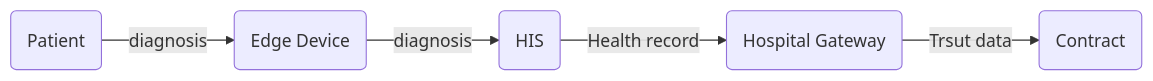
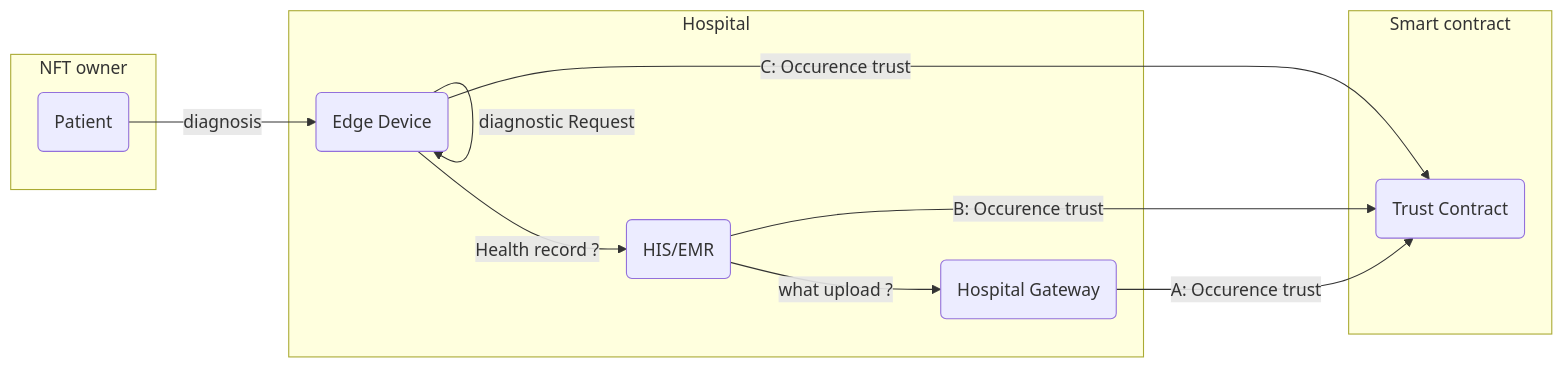
Before and after one commit to knight-y-j/mock-medical-phr-app: the second of 4 diagrams in mock/doc/architecture/trust.index.md, drawn with Mermaid. The commit also changed other lines of this file and 15 other files, not shown here.

````diff
--- a/mock/doc/architecture/trust.index.md
+++ b/mock/doc/architecture/trust.index.md
@@ -32,7 +39,26 @@
 ```mermaid
   flowchart LR
+  subgraph NFT owner
+  id1(Patient)
+  end
+
+  subgraph Hospital
+  id2(Edge Device)
+  id3(HIS/EMR)
+  id4(Hospital Gateway)
+  end
+
+  subgraph Smart contract
+  id5(Trust Contract)
+  end
+
   id1(Patient) -- diagnosis --> id2(Edge Device)
-  id2(Edge Device) -- diagnosis --> id3(HIS)
-  id3(HIS) -- Health record --> id4(Hospital Gateway)
-  id4(Hospital Gateway) -- Trsut data --> id5(Contract)
+  id2(Edge Device) -- Health record ? --> id3(HIS/EMR)
+  id3(HIS/EMR) -- what upload ? --> id4(Hospital Gateway)
+  id4(Hospital Gateway) -- A: Occurence trust --> id5(Trust Contract)
+
+  id2(Edge Device) -- diagnostic Request --> id2(Edge Device)
+
+  id3(HIS/EMR) -- B: Occurence trust --> id5(Trust Contract)
+  id2(Edge Device) -- C: Occurence trust --> id5(Trust Contract)
 ```
````
